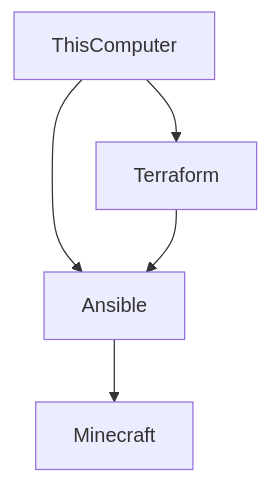
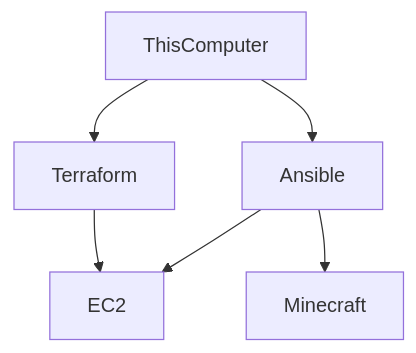
One commit to SandFrog/CS312Project2 changed the diagram in README.md. Above: the diagram before and after it, drawn with Mermaid.

Commit message:
Diagram changes

````diff
--- a/README.md
+++ b/README.md
@@ -7,7 +7,8 @@
 ```mermaid
 graph TD;
     ThisComputer-->Terraform;
     ThisComputer-->Ansible;
-    Terraform-->Ansible;
+    Terraform-->EC2;
+    Ansible-->EC2;
     Ansible-->Minecraft;
 ```
````
